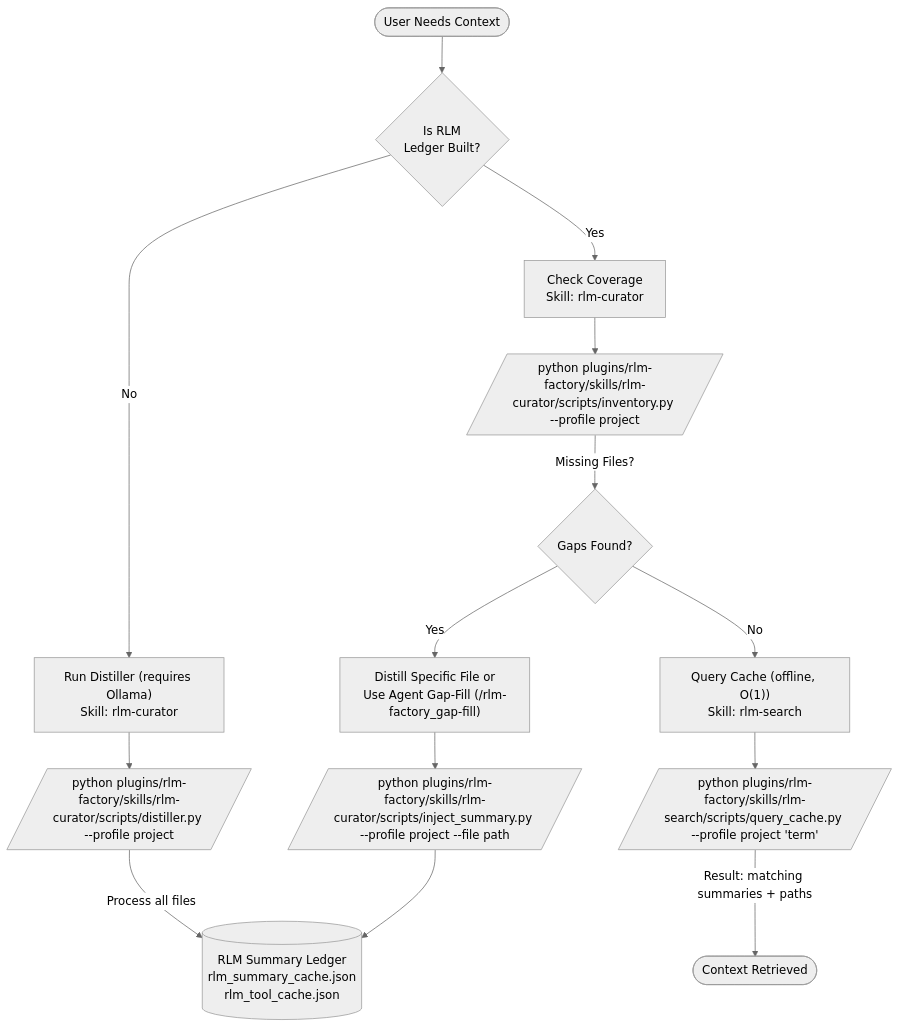
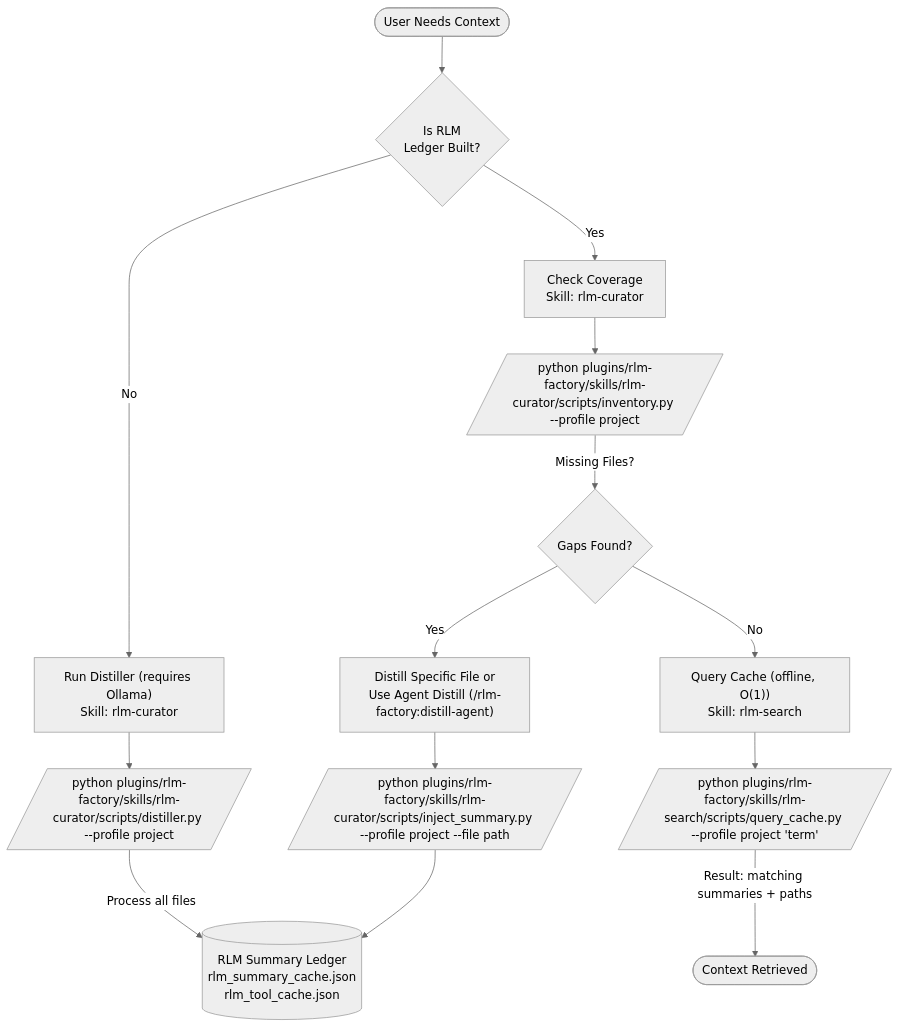
Before and after one commit to richfrem/agent-plugins-skills: the diagram in plugins/rlm-factory/references/diagrams/workflow.mmd, drawn with Mermaid (neutral theme). The commit also changed 4 other files, not shown here.

Commit message:
fix(docs): update stale rlm-gap-fill references to rlm-distill/distill-agent across READMEs and mmd diagrams

```diff
--- a/plugins/rlm-factory/references/diagrams/workflow.mmd
+++ b/plugins/rlm-factory/references/diagrams/workflow.mmd
@@ -1,18 +1,18 @@
 flowchart TD
     Start([User Needs Context]) --> Check{Is RLM\nLedger Built?}
 
     Check -- No --> Build["Run Distiller (requires Ollama)\nSkill: rlm-curator"]
     Build --> CmdBuild[/"python plugins/rlm-factory/skills/rlm-curator/scripts/distiller.py --profile project"/]
     CmdBuild -- "Process all files" --> Cache[(RLM Summary Ledger\nrlm_summary_cache.json\nrlm_tool_cache.json)]
 
     Check -- Yes --> Audit["Check Coverage\nSkill: rlm-curator"]
     Audit --> CmdAudit[/"python plugins/rlm-factory/skills/rlm-curator/scripts/inventory.py --profile project"/]
     CmdAudit -- "Missing Files?" --> Gaps{Gaps Found?}
 
-    Gaps -- Yes --> Patch["Distill Specific File or\nUse Agent Gap-Fill (/rlm-factory_gap-fill)"]
+    Gaps -- Yes --> Patch["Distill Specific File or\nUse Agent Distill (/rlm-factory:distill-agent)"]
     Patch --> CmdPatch[/"python plugins/rlm-factory/skills/rlm-curator/scripts/inject_summary.py --profile project --file path"/]
     CmdPatch --> Cache
 
     Gaps -- No --> Search["Query Cache (offline, O(1))\nSkill: rlm-search"]
     Search --> CmdSearch[/"python plugins/rlm-factory/skills/rlm-search/scripts/query_cache.py --profile project 'term'"/]
     CmdSearch -- "Result: matching summaries + paths" --> Result([Context Retrieved])
```
